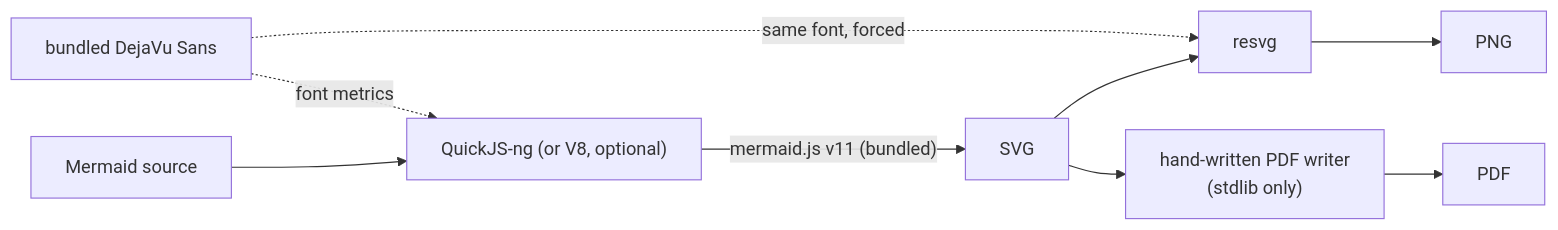
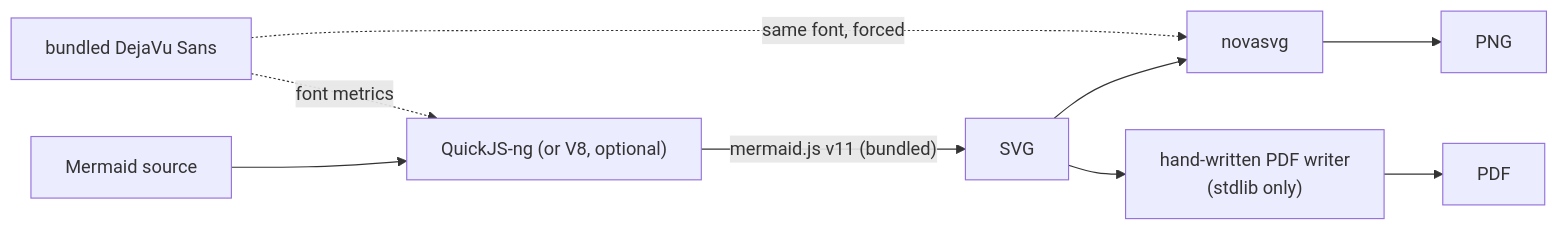
The diagram in README.md (MohammadRaziei/mermaidx), drawn with Mermaid before and after one commit. The commit also changed other lines of this file and 2 other files, not shown here.

First line of the commit message:
chore: migrate from `resvg` to `novasvg` and update documentation

````diff
--- a/README.md
+++ b/README.md
@@ -137,12 +137,12 @@
 ```mermaid
 flowchart LR
     A[Mermaid source] --> B["QuickJS-ng (or V8, optional)"]
     B -->|"mermaid.js v11 (bundled)"| C[SVG]
-    C --> D[resvg]
+    C --> D[novasvg]
     D --> E[PNG]
     C --> F["hand-written PDF writer<br/>(stdlib only)"]
     F --> G[PDF]
 
     H[bundled DejaVu Sans] -.font metrics.-> B
     H -.same font, forced.-> D
 ```
````
